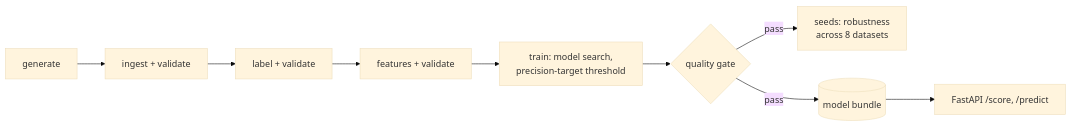
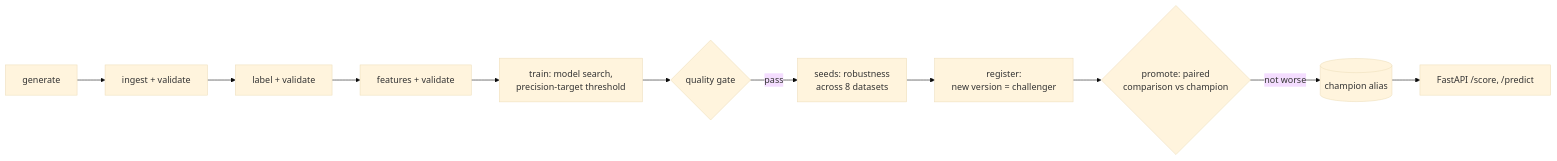
One commit to Hartyplaza/FraudShield-MLOps changed the diagram in README.md. Above: the diagram before and after it, drawn with Mermaid (base theme). The commit also changed other lines of this file and 1 other file, not shown here.

Commit message:
Document M5: model registry, paired promotion, rollback drill

````diff
--- a/README.md
+++ b/README.md
@@ -34,11 +34,13 @@
 ```mermaid
 flowchart LR
     G[generate] --> I[ingest + validate]
     I --> L[label + validate]
     L --> F[features + validate]
     F --> T[train: model search,<br/>precision-target threshold]
     T --> Q{quality gate}
     Q -->|pass| S[seeds: robustness<br/>across 8 datasets]
-    Q -->|pass| M[(model bundle)]
-    M --> A[FastAPI /score, /predict]
+    S --> R[register:<br/>new version = challenger]
+    R --> P{promote: paired<br/>comparison vs champion}
+    P -->|not worse| C[(champion alias)]
+    C --> A[FastAPI /score, /predict]
 ```
````
